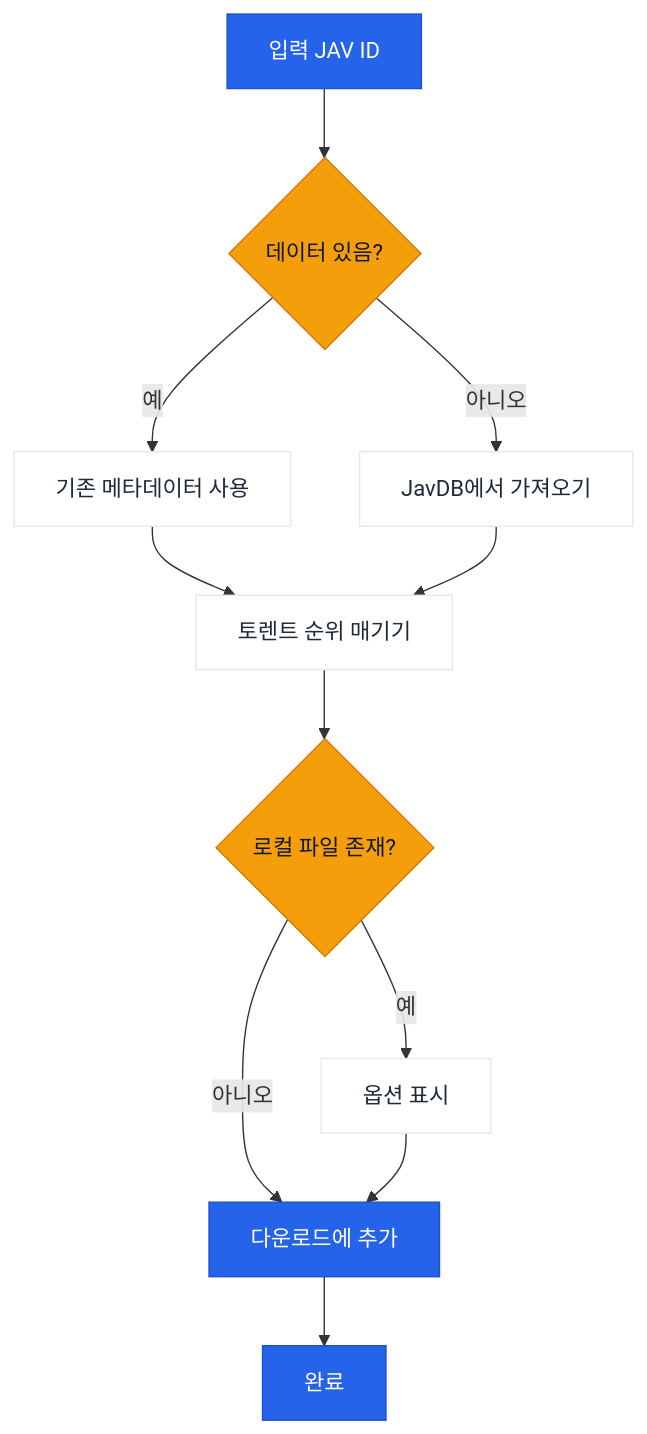
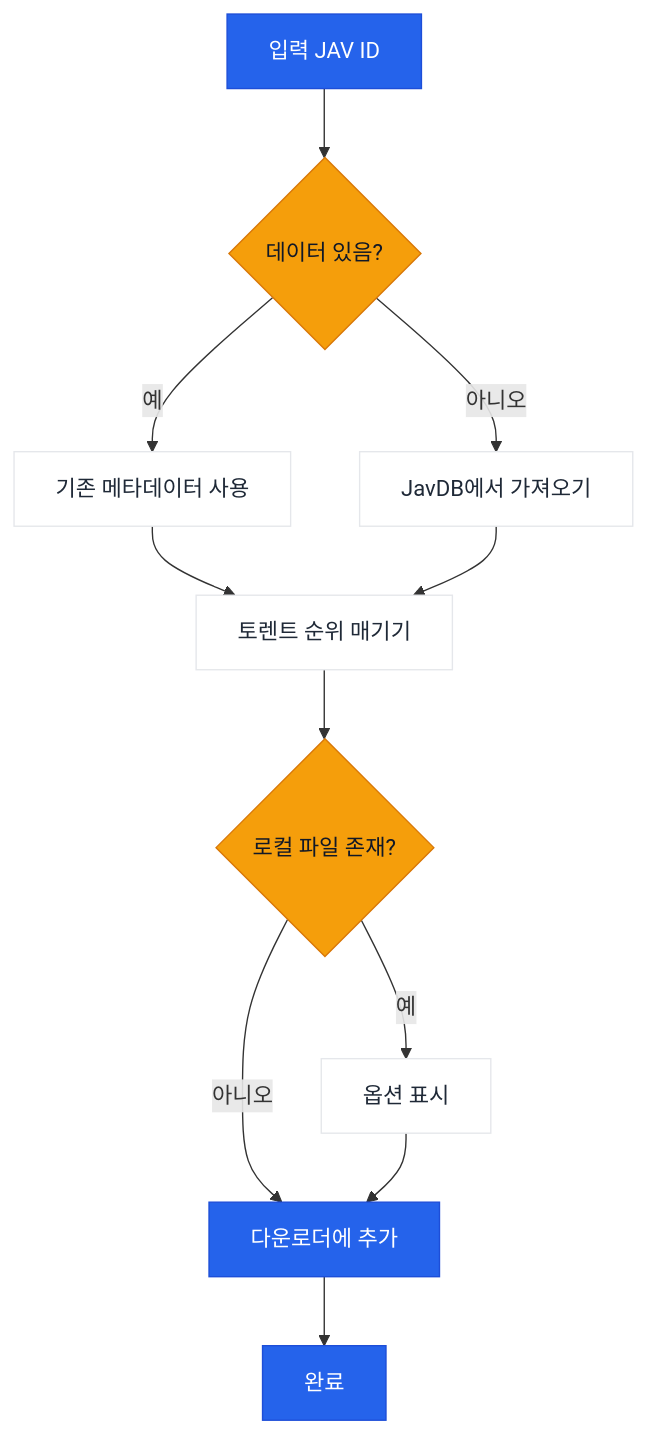
The diagram in README.ko.md (jqknono/jav-manager), drawn with Mermaid before and after one commit. The commit also changed other lines of this file and 19 other files, not shown here.

````diff
--- a/README.ko.md
+++ b/README.ko.md
@@ -19,21 +19,21 @@
 ```mermaid
 flowchart TD
     A[입력 JAV ID] --> B{데이터 있음?}
     B -->|예| C[기존 메타데이터 사용]
     B -->|아니오| D[JavDB에서 가져오기]
     C --> E[토렌트 순위 매기기]
     D --> E
     E --> F{로컬 파일 존재?}
     F -->|예| G[옵션 표시]
-    F -->|아니오| H[다운로드에 추가]
+    F -->|아니오| H[다운로더에 추가]
     G --> H
     H --> I[완료]
 
     classDef primary fill:#2563eb,stroke:#1d4ed8,color:#ffffff;
     classDef decision fill:#f59e0b,stroke:#d97706,color:#111827;
     classDef neutral fill:#ffffff,stroke:#e5e7eb,color:#1f2937;
 
     class A,H,I primary;
     class B,F decision;
     class C,D,E,G neutral;
 ```
````
